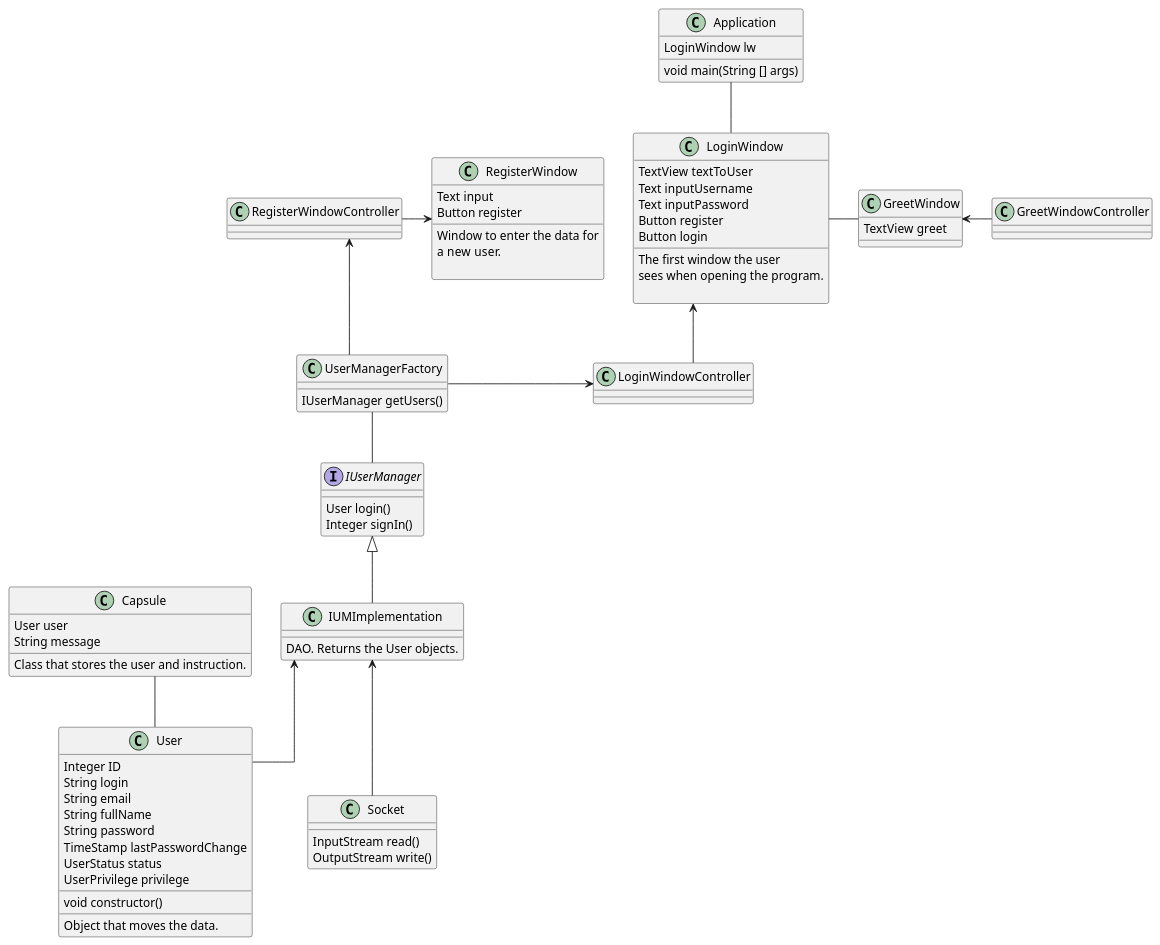
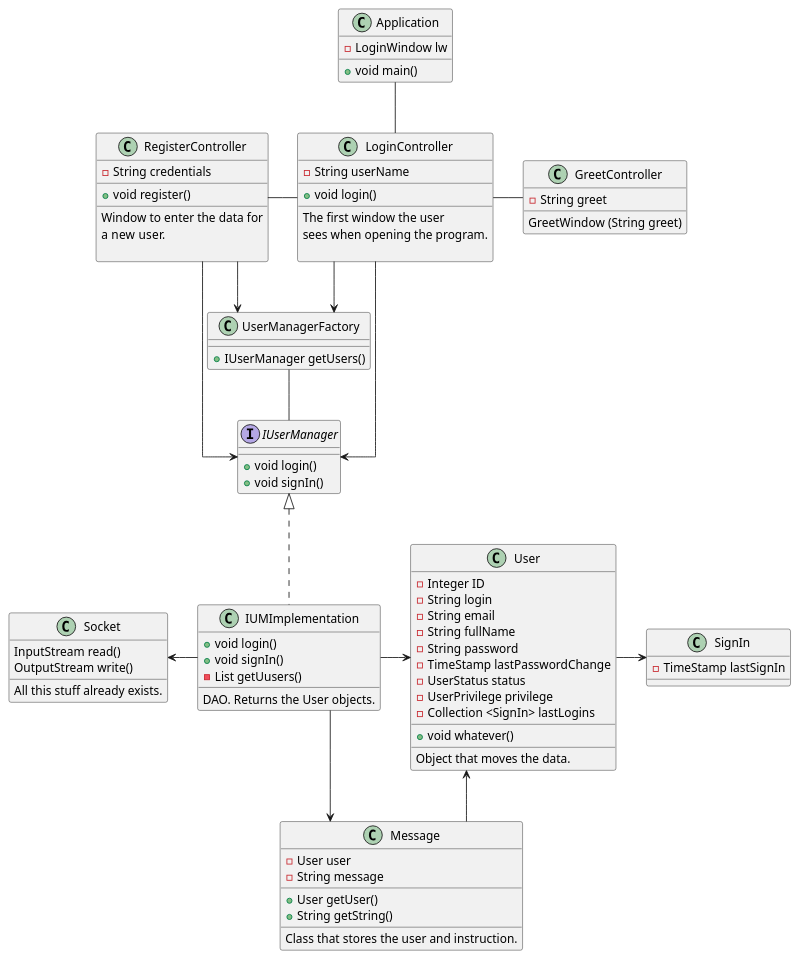
One commit to optickx/ClientReto1 changed the diagram in uml/client.puml. Above: the diagram before and after it, drawn with PlantUML. The commit also changed 2 other files, not shown here.

Commit message:
the diagrams are getting better

```diff
--- a/uml/client.puml
+++ b/uml/client.puml
@@ -1,120 +1,130 @@
 @startuml client
 /'Graphic properties
 '/
 
-/'!theme carbon-gray'/
 skinparam linetype ortho
 
 /'Main class
 '/
 class Application {
-    LoginWindow lw
-    void main(String [] args)
+    -LoginWindow lw
+    +void main()
 }
 
 /'Every window of the program.
 Three of them.'/
-class LoginWindow {
-    TextView textToUser
-    Text inputUsername
-    Text inputPassword
-    Button register
-    Button login
+class LoginController {
+    -String userName
+    __
+    +void login()
     __
     The first window the user 
     sees when opening the program.
 
 }
-class RegisterWindow {
-    Text input
-    Button register
+class RegisterController {
+    -String credentials
+    __
+    +void register()
     __
     Window to enter the data for 
     a new user.
 
 }
-class GreetWindow {
-    TextView greet
-}
-
-/'Window controllers. 
-All the actions performed by the 
-windows will be represented in here.'/
-class LoginWindowController {
-
-}
-class RegisterWindowController {
-
-}
-class GreetWindowController {
-
+class GreetController {
+    -String greet
+    __
+    GreetWindow (String greet)
 }
 
 /'Logic part of the program.
 '/
 interface IUserManager {
-    User login()
-    Integer signIn()
+    +void login()
+    +void signIn()
 }
 class IUMImplementation {
+    +void login()
+    +void signIn()
+    -List getUusers()
     __
     DAO. Returns the User objects.
 }
 class UserManagerFactory {
-    IUserManager getUsers()
+    +IUserManager getUsers()
 }
 
 /'Pre-existing Java classes
 '/
 class Socket {
     InputStream read()
     OutputStream write()
+    __
+    All this stuff already exists.
 }
 
 /'Objects, etc
 '/
 class User {
-    Integer ID
-    String login
-    String email
-    String fullName
-    String password
-    TimeStamp lastPasswordChange
-    UserStatus status
-    UserPrivilege privilege
+    -Integer ID
+    -String login
+    -String email
+    -String fullName
+    -String password
+    -TimeStamp lastPasswordChange
+    -UserStatus status
+    -UserPrivilege privilege
+    -Collection <SignIn> lastLogins
     __
-    void constructor()
+    +void whatever()
     __
     Object that moves the data.
 }
+class SignIn {
+    -TimeStamp lastSignIn
+}
 /'Encapsulator class
 '/
-class Capsule {
-    User user
-    String message
+class Message {
+    -User user
+    -String message
+    __
+    +User getUser()
+    +String getString()
     __
     Class that stores the user and instruction.
 }
 
 /'Exceptions.'/
 
-Application -- LoginWindow
+Application -- LoginController
 
-/'Windows'/
+LoginController -right- GreetController
+LoginController -left- RegisterController
 
-LoginWindow <-- LoginWindowController
-LoginWindow -right- GreetWindow
-RegisterWindow <-left- RegisterWindowController
-GreetWindow <-right- GreetWindowController
+LoginController -down-> UserManagerFactory
+RegisterController --> UserManagerFactory
 
-LoginWindowController <-left- UserManagerFactory
-RegisterWindowController <-- UserManagerFactory
+LoginController --> IUserManager
+RegisterController --> IUserManager
+
+/' It looks horrible but ya have to indicate it:
+User appears in every class from view.
+'/
+
+/'
+LoginController --> User
+RegisterController --> User
+GreetController -down-> User
+'/
 
 UserManagerFactory -- IUserManager
-IUserManager <|-- IUMImplementation
-IUMImplementation <-- User
+IUserManager <|.. IUMImplementation
+IUMImplementation -right-> User
 
-IUMImplementation <-- Socket
+IUMImplementation -left-> Socket
+IUMImplementation --> Message
 
-Capsule -- User
+User -right-> SignIn
+User <-right- Message
 @enduml
```
